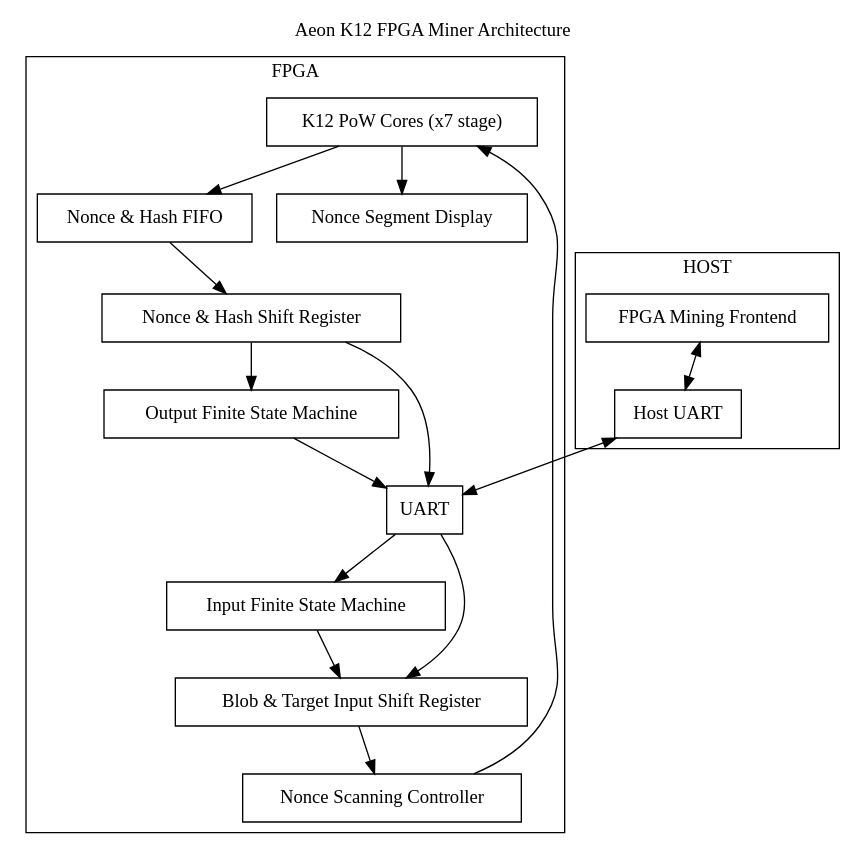
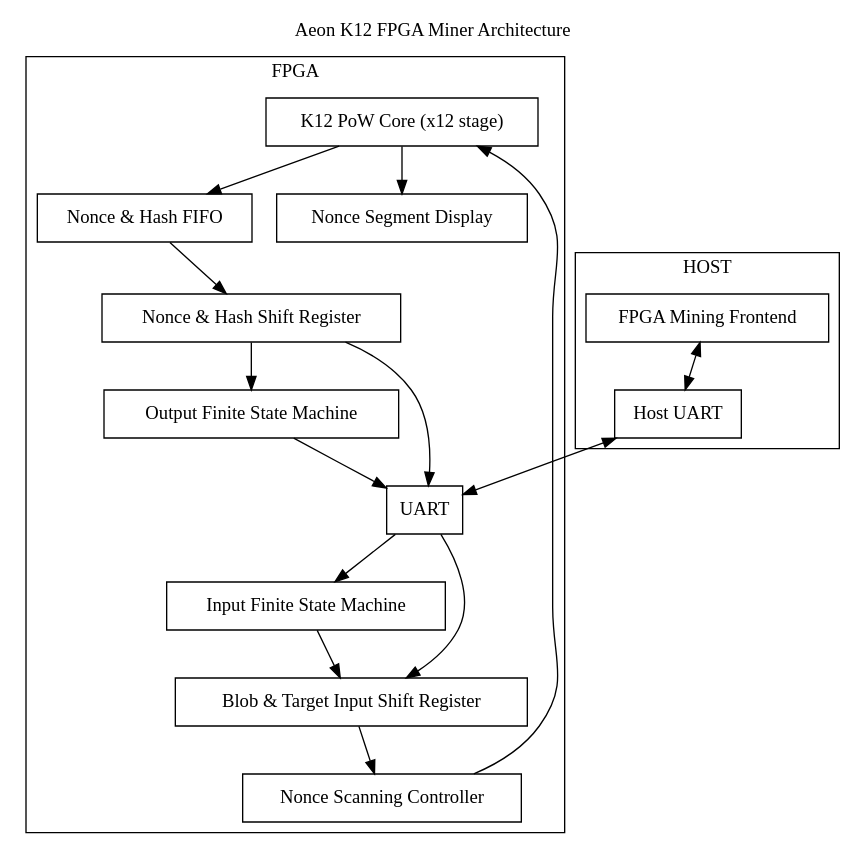
One commit to NeoChen1024/Aeon-K12-FPGA-Miner changed the diagram in arch.dot. Above: the diagram before and after it, drawn with Graphviz. The commit also changed 2 other files, not shown here.

```diff
--- a/arch.dot
+++ b/arch.dot
@@ -1,41 +1,41 @@
 digraph "Aeon K12 FPGA Miner Architecture"
 {
 	labelloc="t";
 	label="Aeon K12 FPGA Miner Architecture";
 	rankdir=TD
 	node [shape=box]
-	pow [label="K12 PoW Cores (x7 stage)"]
+	pow [label="K12 PoW Core (x12 stage)"]
 	nsc [label="Nonce Scanning Controller"]
 	ifsm [label="Input Finite State Machine"]
 	ofsm [label="Output Finite State Machine"]
 	uart [label="UART"]
 	fifo [label="Nonce & Hash FIFO"]
 	bisr [label="Blob & Target Input Shift Register"]
 	nhsr [label="Nonce & Hash Shift Register"]
 	disp [label="Nonce Segment Display"]
 
 	frontend [label="FPGA Mining Frontend"]
 	host_uart [label="Host UART"]
 
 	subgraph cluster_fpga {
 		label = "FPGA";
 
 		uart -> ifsm
 		ofsm -> uart
 		ifsm -> bisr
 		uart -> bisr
 		bisr -> nsc
 		nsc -> pow
 		pow -> fifo
 		pow -> disp
 		fifo -> nhsr
 		nhsr -> ofsm
 		nhsr -> uart
 	}
 	subgraph cluster_host {
 		label = "HOST";
 
 		frontend -> host_uart [dir=both]
 		host_uart -> uart [dir=both]
 	}
 }
```
